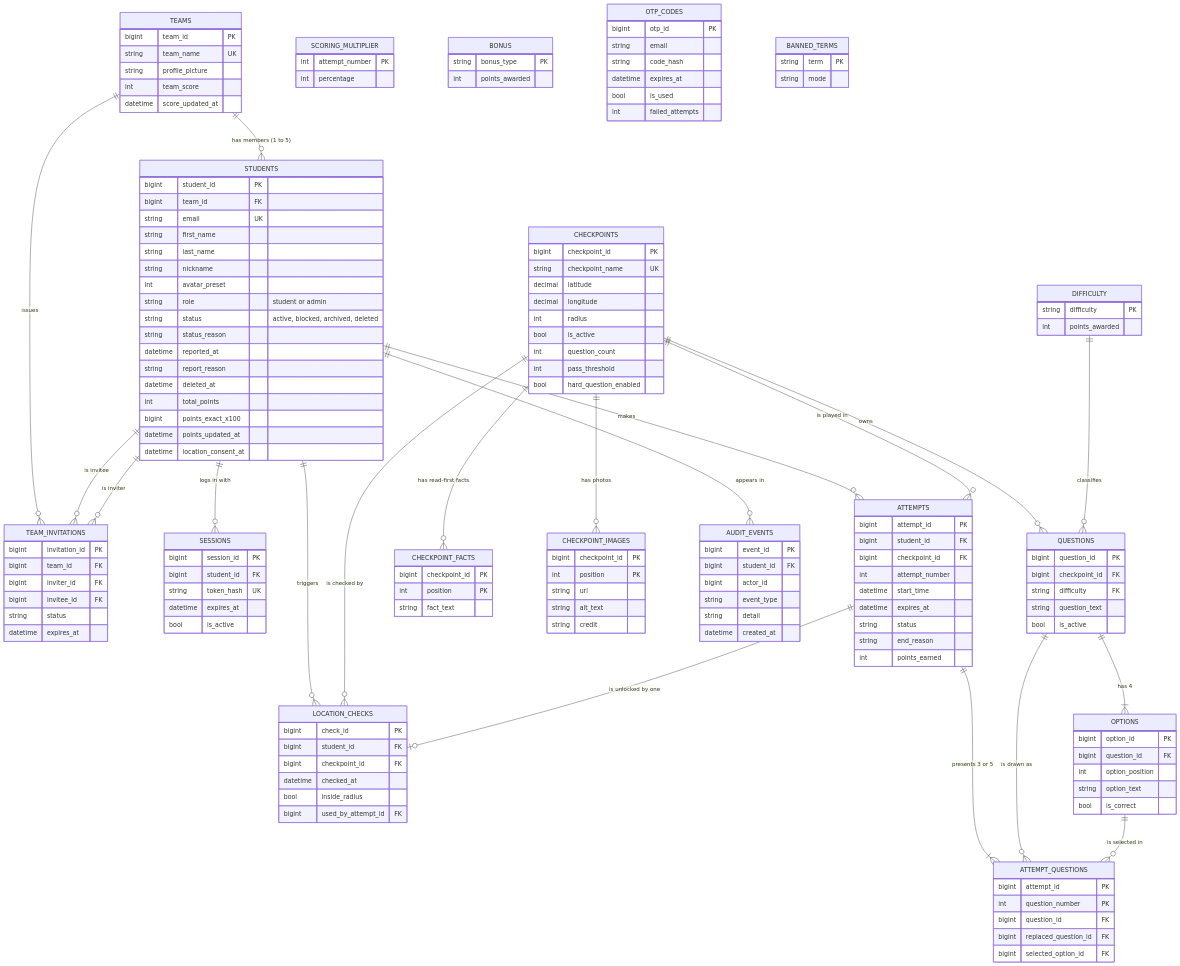
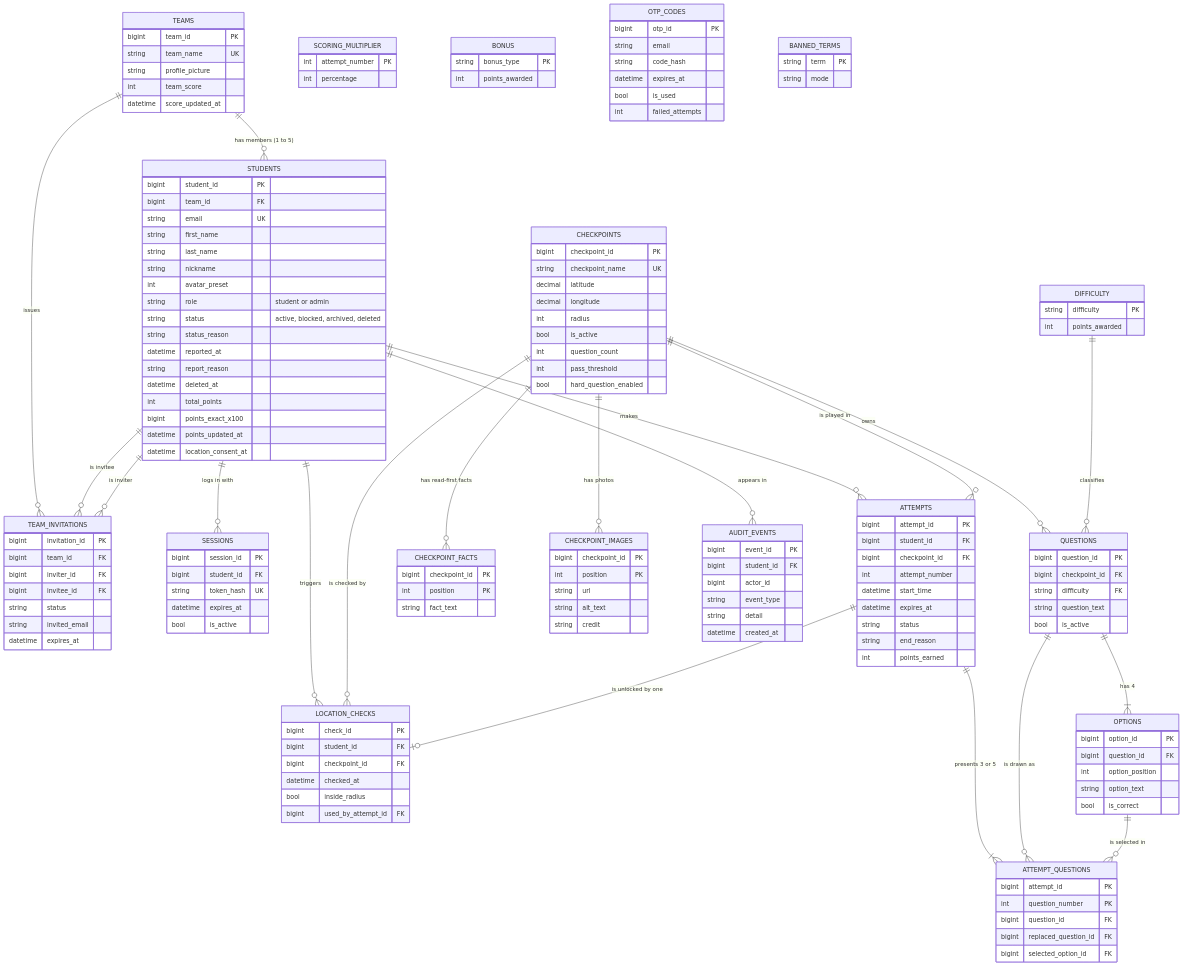
The diagram in design/er-diagram.md (CZPS-ds3/CampusGo), drawn with Mermaid before and after one commit. The commit also changed 194 other files, not shown here.

```diff
--- a/design/er-diagram.md
+++ b/design/er-diagram.md
@@ -125,6 +125,7 @@
         bigint inviter_id FK
         bigint invitee_id FK
         string status
+        string invited_email
         datetime expires_at
     }
     CHECKPOINT_FACTS {
```
